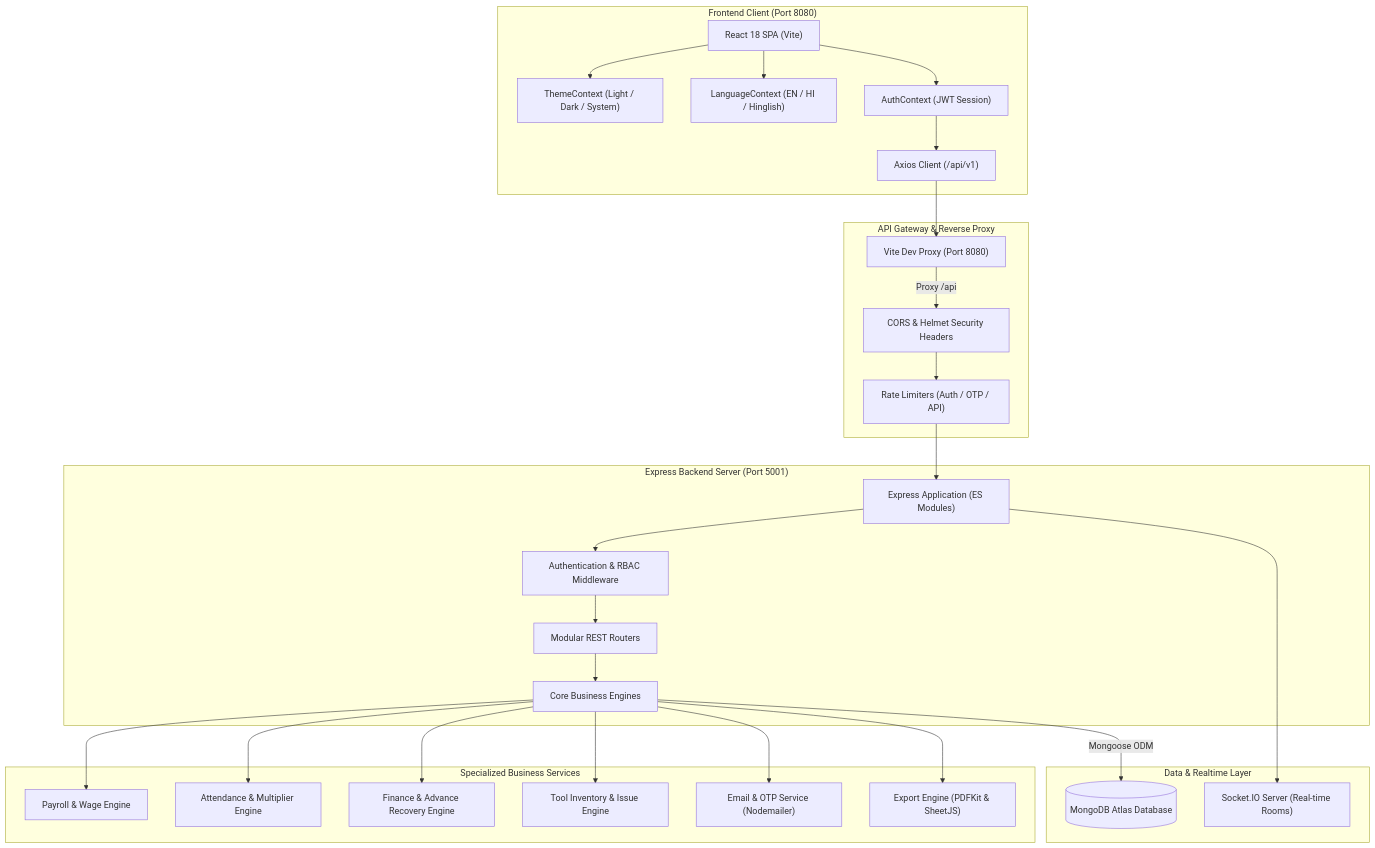
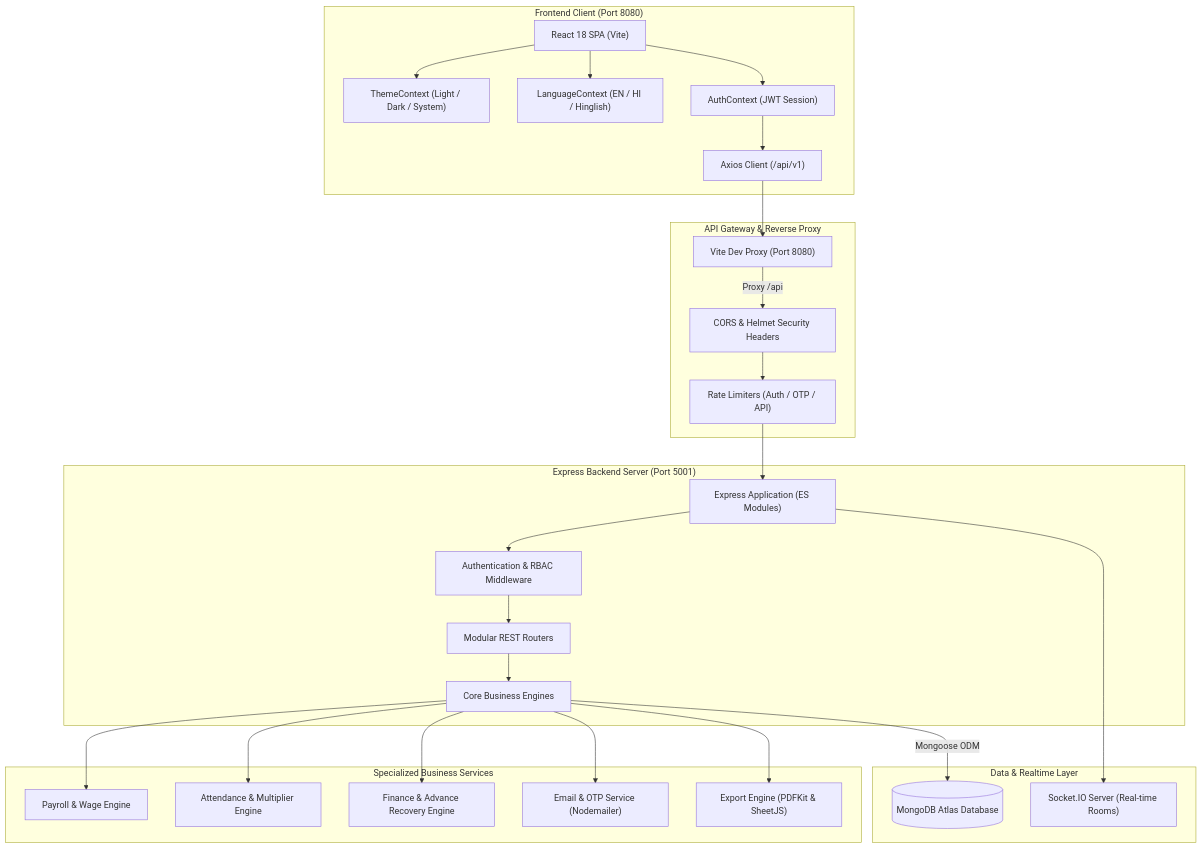
The first of 4 diagrams in README.md (ranjit-sharma/FurniCraft), drawn with Mermaid before and after one commit. The commit also changed other lines of this file and 88 other files, not shown here.

Commit message:
feat(mobile-first): enhance mobile bottom navigation, bottom sheets, robust error handling, PWA manifest, and streamline workforce ERP architecture

````diff
--- a/README.md
+++ b/README.md
@@ -27,58 +27,56 @@
 ```mermaid
 flowchart TD
     subgraph Client["Frontend Client (Port 8080)"]
         UI["React 18 SPA (Vite)"]
         TC["ThemeContext (Light / Dark / System)"]
         LC["LanguageContext (EN / HI / Hinglish)"]
         AC["AuthContext (JWT Session)"]
         AX["Axios Client (/api/v1)"]
         UI --> TC
         UI --> LC
         UI --> AC
         AC --> AX
     end
 
     subgraph Gateway["API Gateway & Reverse Proxy"]
         VP["Vite Dev Proxy (Port 8080)"]
         CORS["CORS & Helmet Security Headers"]
         RL["Rate Limiters (Auth / OTP / API)"]
         AX --> VP
         VP -->|Proxy /api| CORS
         CORS --> RL
     end
 
     subgraph Backend["Express Backend Server (Port 5001)"]
         APP["Express Application (ES Modules)"]
         AUTH_MW["Authentication & RBAC Middleware"]
         ROUTES["Modular REST Routers"]
         SERVICES["Core Business Engines"]
         
         RL --> APP
         APP --> AUTH_MW
         AUTH_MW --> ROUTES
         ROUTES --> SERVICES
     end
 
     subgraph CoreEngines["Specialized Business Services"]
         PE["Payroll & Wage Engine"]
         AE["Attendance & Multiplier Engine"]
         FE["Finance & Advance Recovery Engine"]
-        TE["Tool Inventory & Issue Engine"]
         SE["Email & OTP Service (Nodemailer)"]
         EE["Export Engine (PDFKit & SheetJS)"]
         
         SERVICES --> PE
         SERVICES --> AE
         SERVICES --> FE
-        SERVICES --> TE
         SERVICES --> SE
         SERVICES --> EE
     end
 
     subgraph Storage["Data & Realtime Layer"]
         MDB[("MongoDB Atlas Database")]
         SIO["Socket.IO Server (Real-time Rooms)"]
         SERVICES -->|Mongoose ODM| MDB
         APP --> SIO
     end
 ```
````
